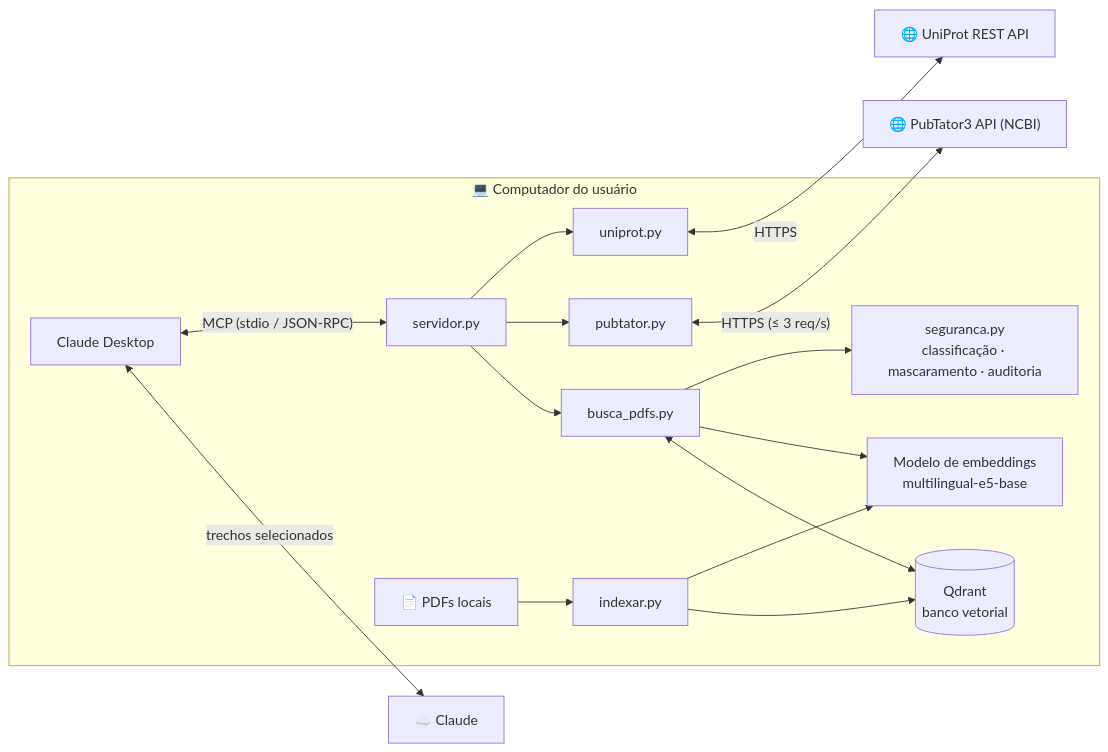
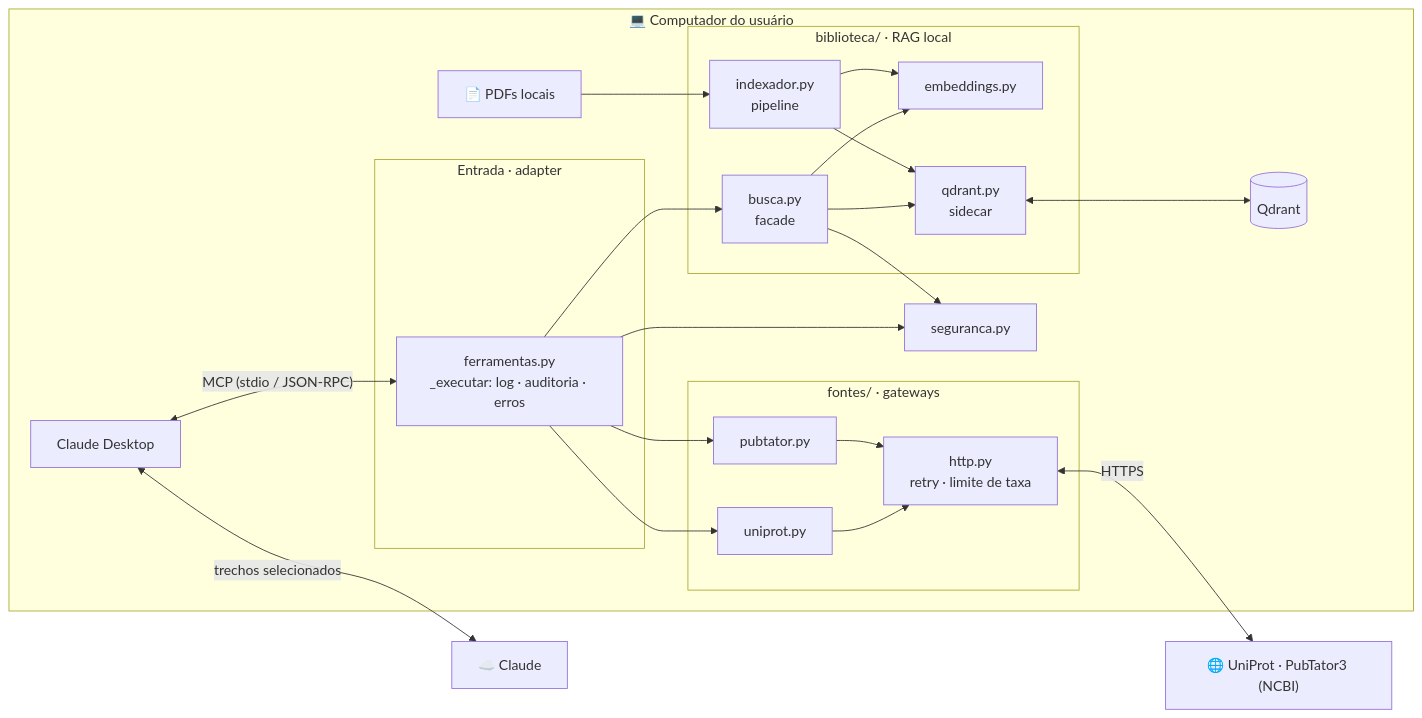
The first of 3 diagrams in README.md (GuilhermeFusari/mcp-research-agent), drawn with Mermaid before and after one commit. The commit also changed other lines of this file and 17 other files, not shown here.

````diff
--- a/README.md
+++ b/README.md
@@ -68,18 +71,34 @@
 ```mermaid
 flowchart LR
     subgraph PC["💻 Computador do usuário"]
-        CD["Claude Desktop"] <-->|"MCP (stdio / JSON-RPC)"| S["servidor.py"]
-        S --> U["uniprot.py"]
-        S --> PT["pubtator.py"]
-        S --> B["busca_pdfs.py"]
-        B --> SEG["seguranca.py<br/>classificação · mascaramento · auditoria"]
-        B --> E["Modelo de embeddings<br/>multilingual-e5-base"]
-        B <--> Q[("Qdrant<br/>banco vetorial")]
-        I["indexar.py"] --> E
-        I --> Q
+        CD["Claude Desktop"] <-->|"MCP (stdio / JSON-RPC)"| F
+
+        subgraph ENT["Entrada · adapter"]
+            F["ferramentas.py<br/>_executar: log · auditoria · erros"]
+        end
+
+        subgraph FON["fontes/ · gateways"]
+            U["uniprot.py"]
+            PT["pubtator.py"]
+            H["http.py<br/>retry · limite de taxa"]
+        end
+
+        subgraph BIB["biblioteca/ · RAG local"]
+            B["busca.py<br/>facade"]
+            E["embeddings.py"]
+            Q["qdrant.py<br/>sidecar"]
+            I["indexador.py<br/>pipeline"]
+        end
+
+        F --> U & PT & B
+        U & PT --> H
+        F --> SEG["seguranca.py"]
+        B --> SEG
+        B --> E & Q
+        I --> E & Q
         P["📄 PDFs locais"] --> I
+        Q <--> DB[("Qdrant")]
     end
-    U <-->|HTTPS| UP["🌐 UniProt REST API"]
-    PT <-->|"HTTPS (≤ 3 req/s)"| PTA["🌐 PubTator3 API (NCBI)"]
+    H <-->|HTTPS| APIS["🌐 UniProt · PubTator3 (NCBI)"]
     CD <-->|"trechos selecionados"| C["☁️ Claude"]
 ```
````
